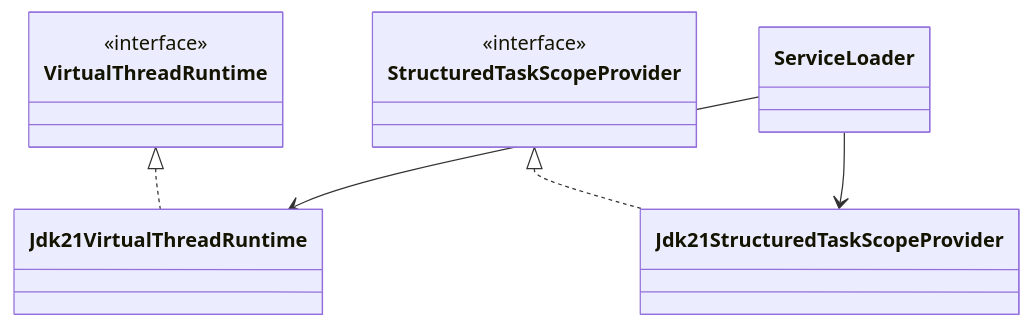
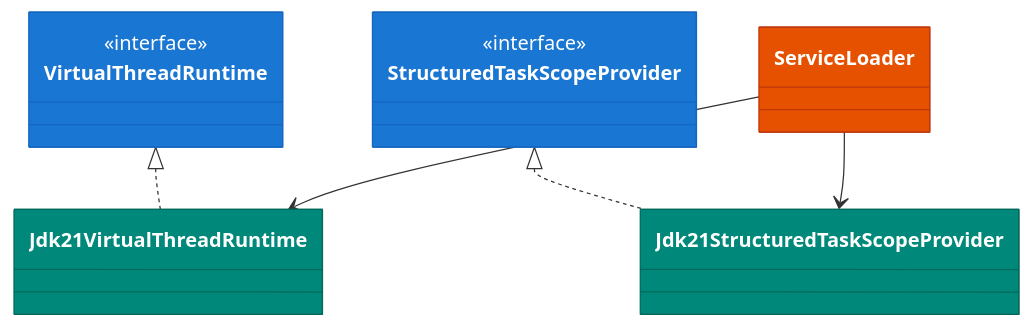
The diagram in virtualthread/jdk21/README.ko.md (bluetape4k/bluetape4k-projects), drawn with Mermaid before and after one commit. The commit also changed 221 other files, not shown here.

First line of the commit message:
docs: 전체 모듈 README UML 다이어그램 보강 및 색상 업그레이드

````diff
--- a/virtualthread/jdk21/README.ko.md
+++ b/virtualthread/jdk21/README.ko.md
@@ -14,17 +14,23 @@
 ```mermaid
 classDiagram
     class VirtualThreadRuntime {
         <<interface>>
     }
     class StructuredTaskScopeProvider {
         <<interface>>
     }
     class Jdk21VirtualThreadRuntime
     class Jdk21StructuredTaskScopeProvider
     class ServiceLoader
 
     VirtualThreadRuntime <|.. Jdk21VirtualThreadRuntime
     StructuredTaskScopeProvider <|.. Jdk21StructuredTaskScopeProvider
     ServiceLoader --> Jdk21VirtualThreadRuntime
     ServiceLoader --> Jdk21StructuredTaskScopeProvider
+
+    style VirtualThreadRuntime fill:#1976D2,stroke:#1565C0,color:#FFFFFF
+    style StructuredTaskScopeProvider fill:#1976D2,stroke:#1565C0,color:#FFFFFF
+    style Jdk21VirtualThreadRuntime fill:#00897B,stroke:#00695C,color:#FFFFFF
+    style Jdk21StructuredTaskScopeProvider fill:#00897B,stroke:#00695C,color:#FFFFFF
+    style ServiceLoader fill:#E65100,stroke:#BF360C,color:#FFFFFF
 ```
````
